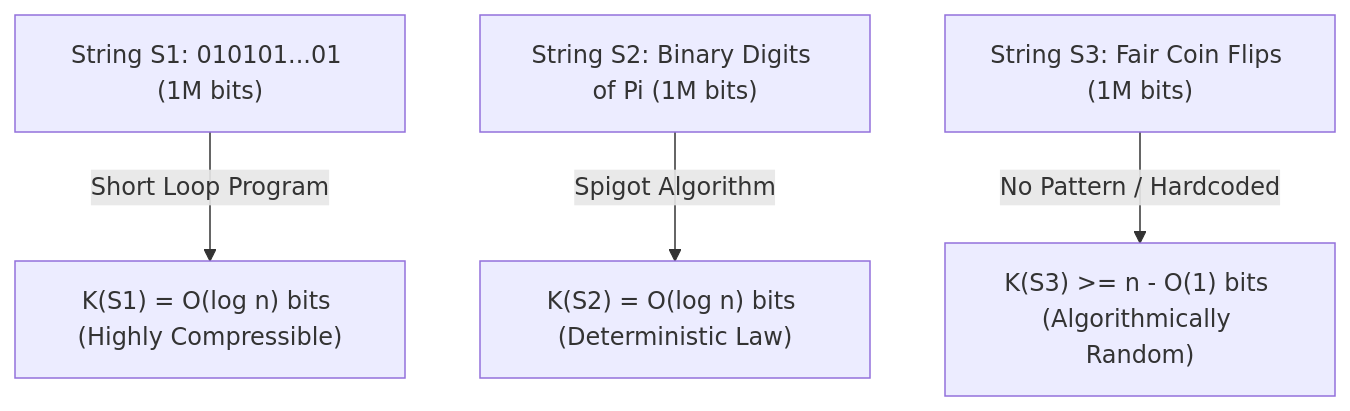
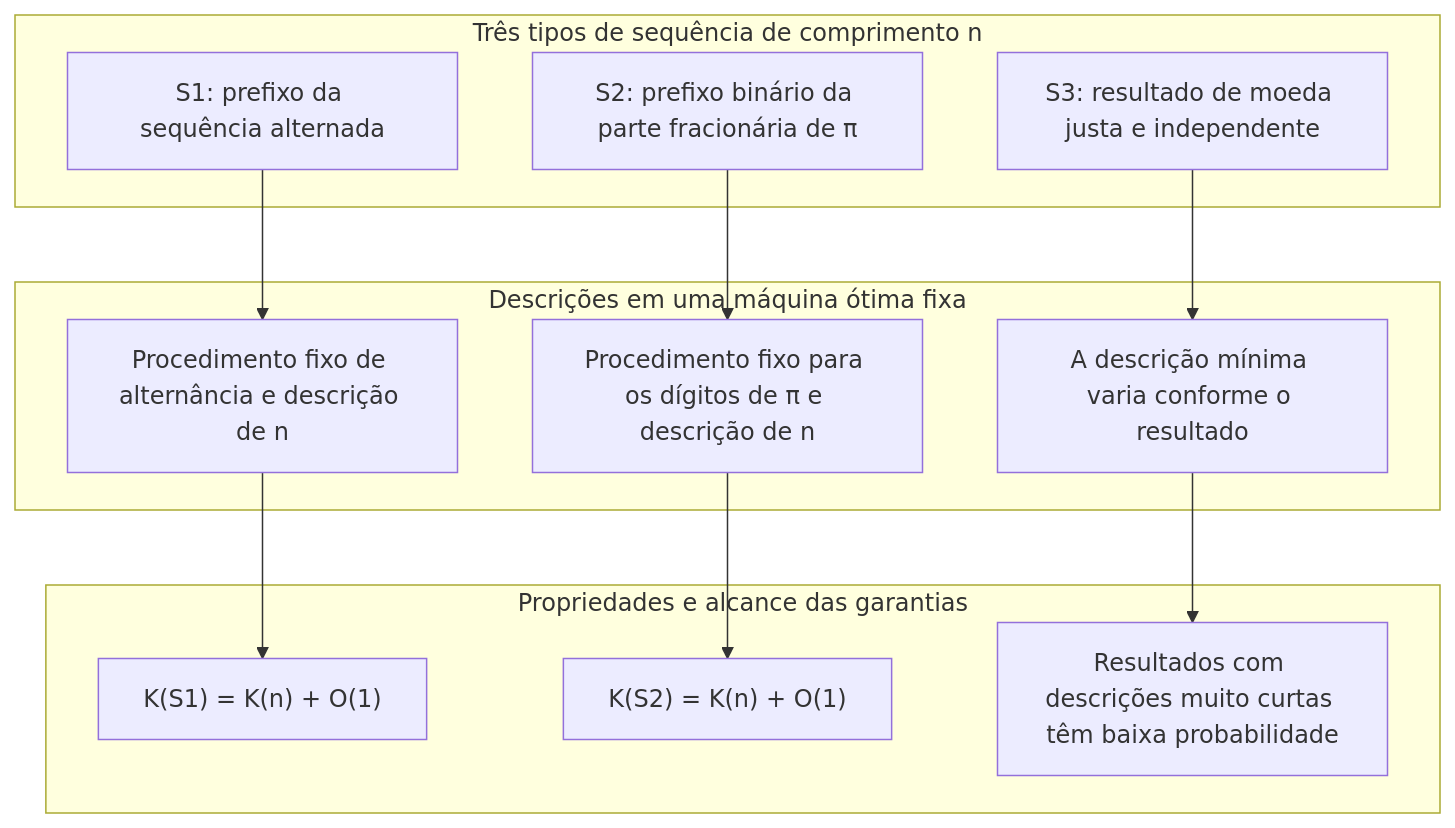
One commit to kenjinote/blog changed the first of 2 diagrams in content/post/kolmogorov-complexity-algorithmic-information-theory-incompressibility-randomness/index.pt.md. Above: the diagram before and after it, drawn with Mermaid. The commit also changed other lines of this file and 14 other files, not shown here.

````diff
--- a/content/post/kolmogorov-complexity-algorithmic-information-theory-incompressibility-randomness/index.pt.md
+++ b/content/post/kolmogorov-complexity-algorithmic-information-theory-incompressibility-randomness/index.pt.md
@@ -31,6 +207,21 @@
 ```mermaid
 flowchart TD
-    S1["String S1: 010101...01 (1M bits)"] -->|"Short Loop Program"| K1["K(S1) = O(log n) bits (Highly Compressible)"]
-    S2["String S2: Binary Digits of Pi (1M bits)"] -->|"Spigot Algorithm"| K2["K(S2) = O(log n) bits (Deterministic Law)"]
-    S3["String S3: Fair Coin Flips (1M bits)"] -->|"No Pattern / Hardcoded"| K3["K(S3) >= n - O(1) bits (Algorithmically Random)"]
+    subgraph InputStrings["Três tipos de sequência de comprimento n"]
+        S1["S1: prefixo da sequência alternada"]
+        S2["S2: prefixo binário da parte fracionária de π"]
+        S3["S3: resultado de moeda justa e independente"]
+    end
+    subgraph Descriptions["Descrições em uma máquina ótima fixa"]
+        P1["Procedimento fixo de alternância e descrição de n"]
+        P2["Procedimento fixo para os dígitos de π e descrição de n"]
+        P3["A descrição mínima varia conforme o resultado"]
+    end
+    subgraph Results["Propriedades e alcance das garantias"]
+        K1["K(S1) = K(n) + O(1)"]
+        K2["K(S2) = K(n) + O(1)"]
+        K3["Resultados com descrições muito curtas têm baixa probabilidade"]
+    end
+    S1 --> P1 --> K1
+    S2 --> P2 --> K2
+    S3 --> P3 --> K3
 ```
````
